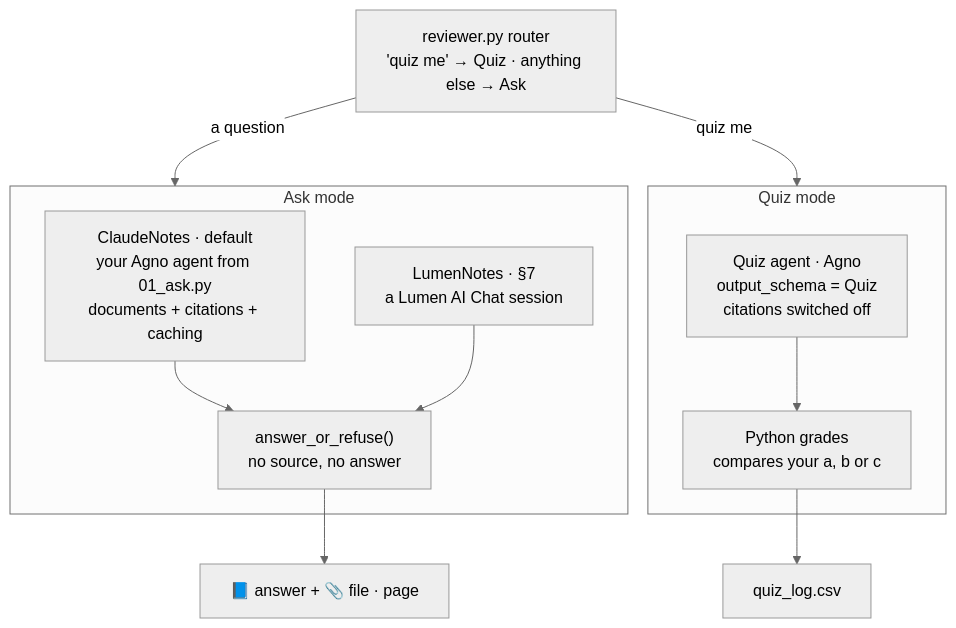
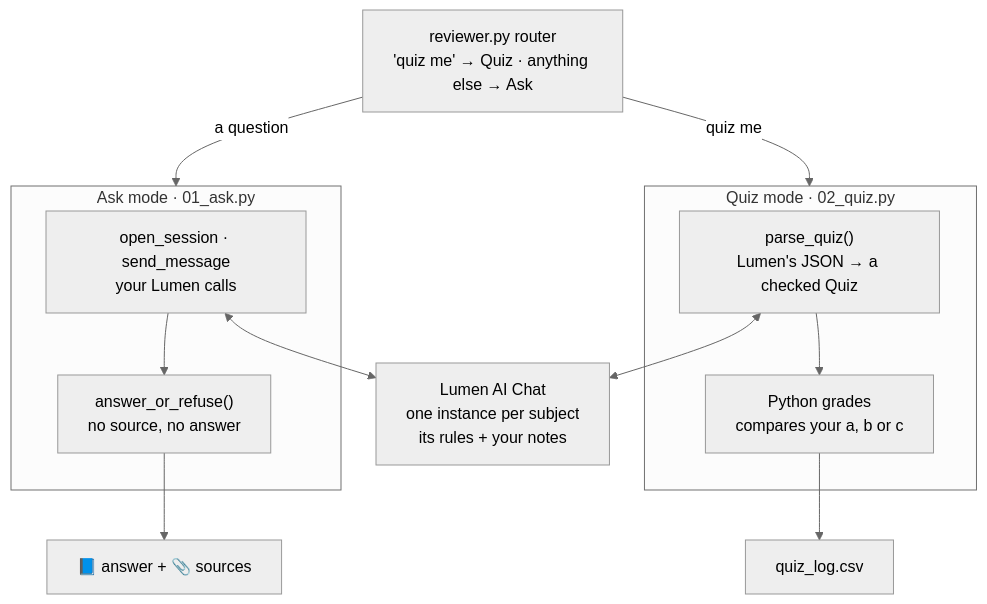
The diagram in MODULE.md (Agent-Builders-PH/Reviewer-Agent-Demo), drawn with Mermaid (neutral theme) before and after one commit. The commit also changed other lines of this file and 19 other files, not shown here.

Commit message:
Lumen AI Chat only: students write the Lumen client, Lumen writes the quiz, Python parses and grades; Claude and Agno removed

````diff
--- a/MODULE.md
+++ b/MODULE.md
@@ -82,19 +81,19 @@
 ```mermaid
 flowchart TB
     U["reviewer.py router<br/>'quiz me' → Quiz · anything else → Ask"] -- a question --> A
     U -- quiz me --> Q
-    subgraph A [Ask mode]
-      C["ClaudeNotes · default<br/>your Agno agent from 01_ask.py<br/>documents + citations + caching"]
-      L["LumenNotes · §7<br/>a Lumen AI Chat session"]
+    subgraph A [Ask mode · 01_ask.py]
+      S["open_session · send_message<br/>your Lumen calls"]
       G["answer_or_refuse()<br/>no source, no answer"]
-      C --> G
-      L --> G
+      S --> G
     end
-    subgraph Q [Quiz mode]
-      QA["Quiz agent · Agno<br/>output_schema = Quiz<br/>citations switched off"]
+    subgraph Q [Quiz mode · 02_quiz.py]
+      P["parse_quiz()<br/>Lumen's JSON → a checked Quiz"]
       PY["Python grades<br/>compares your a, b or c"]
-      QA --> PY
+      P --> PY
     end
-    G --> OUT1["📘 answer + 📎 file · page"]
+    S <--> L["Lumen AI Chat<br/>one instance per subject<br/>its rules + your notes"]
+    P <--> L
+    G --> OUT1["📘 answer + 📎 sources"]
     PY --> OUT2[quiz_log.csv]
 ```
````
